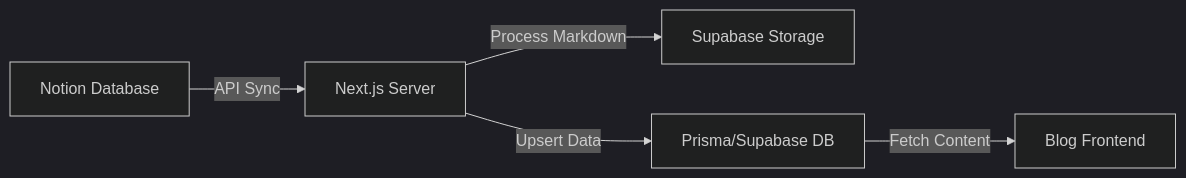
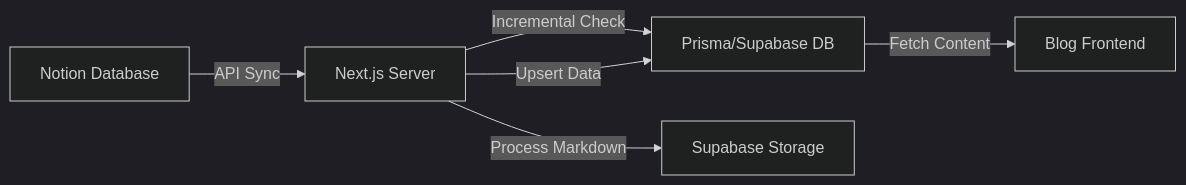
One commit to shuaiegg/STP2026 changed the diagram in doc/notion-sync-implementation.md. Above: the diagram before and after it, drawn with Mermaid (dark theme). The commit also changed other lines of this file and 13 other files, not shown here.

````diff
--- a/doc/notion-sync-implementation.md
+++ b/doc/notion-sync-implementation.md
@@ -9,7 +9,8 @@
 ```mermaid
 graph LR
     A[Notion Database] -->|API Sync| B[Next.js Server]
+    B -->|Incremental Check| D
     B -->|Process Markdown| C[Supabase Storage]
     B -->|Upsert Data| D[Prisma/Supabase DB]
     D -->|Fetch Content| E[Blog Frontend]
 ```
````
